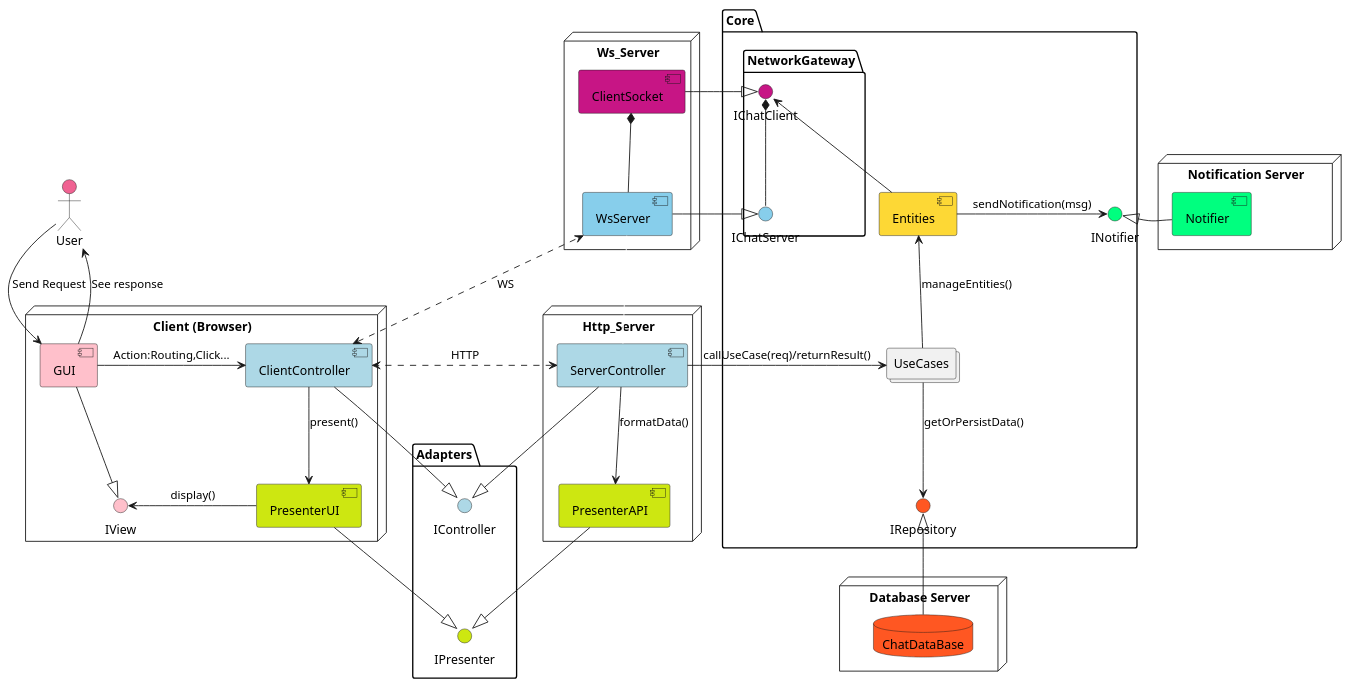
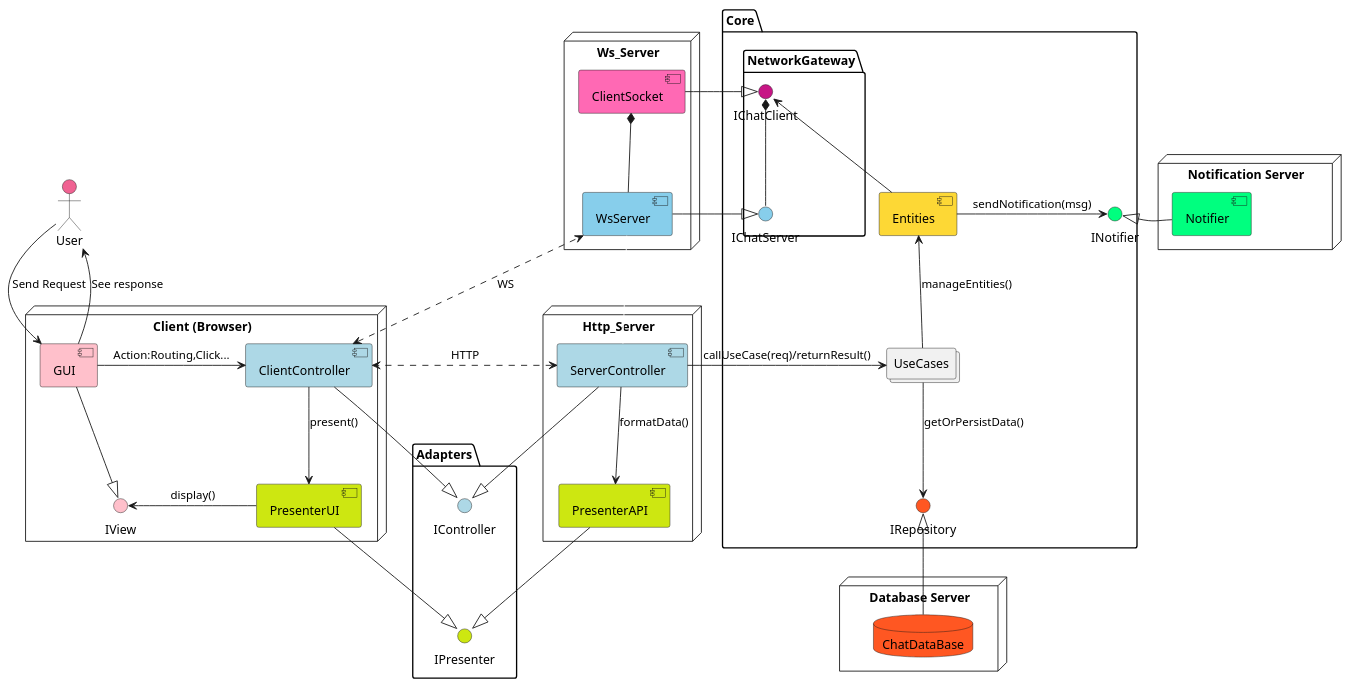
The diagram in docs/design/component-diagram.wsd (moez-sadok/chat-clean-architecture), drawn with PlantUML before and after one commit. The commit also changed other lines of this file and 5 other files, not shown here.

Commit message:
Add deployment diagram

```diff
--- a/docs/design/component-diagram.wsd
+++ b/docs/design/component-diagram.wsd
@@ -1,93 +1,90 @@
 @startuml
-
+' !theme spacelab
+' !theme materia-outline
+' !theme metal
+' !theme aws-orange
+' !theme sketchy-outline 
+' !theme sketchy
+' !theme reddress-darkorange
 actor User #F06292
 
 package "Adapters" {
     interface IController  #LightBlue
     interface IPresenter #CDE711
 }
 package "Core" {
     interface IRepository #FF5722
     interface INotifier #SpringGreen
     collections UseCases
     [Entities] #FDD835
     package "NetworkGateway" {
         interface IChatServer #SkyBlue
         interface IChatClient #MediumVioletRed
     }
 }
-
-' package "Core.NetworkGateway" {
-    '     interface IChatServer #SkyBlue
-    '     interface IChatClient #MediumVioletRed
-    '
-' }
-
 
 node "Client (Browser)" {
     interface IView #Pink
     [PresenterUI] #CDE711
     [ClientController] #LightBlue
     [GUI] #Pink
 
     PresenterUI --|>  IPresenter
     ClientController --|>  IController
     GUI --|> IView
 }
 
 node "Database Server" {
     database ChatDataBase #FF5722
 }
 
 node "Notification Server" {
     [Notifier] #SpringGreen
 }
 
 node "Http_Server" {
     [ServerController]  #LightBlue
     [PresenterAPI] #CDE711
     ServerController --|>  IController
     PresenterAPI --|>  IPresenter
 }
 
 node "Ws_Server" {
-    ' top to bottom direction
-    [ClientSocket] #MediumVioletRed
+    [ClientSocket] #HotPink
     [WsServer] #SkyBlue
-
 }
 
 User -down-> GUI : Send Request
 GUI -right-> ClientController : Action:Routing,Click...
 
 ServerController  <.--.> ClientController  : HTTP
 ServerController -right-> UseCases : callUseCase(req)/returnResult()
 
 Entities  <--  UseCases : manageEntities()
 
 ClientController <.--.> WsServer : WS
 IChatServer <|-left- WsServer
 ClientSocket *-- WsServer
 IChatClient  <|-left- ClientSocket
 IChatClient *-- IChatServer
 IChatClient <-down- Entities
 
 
 IRepository <-up- UseCases  : getOrPersistData()
 ChatDataBase  -up-|>  IRepository
 
 Notifier  -left-|>  INotifier
 Entities -right-> INotifier : sendNotification(msg)
 
 ServerController --> PresenterAPI : formatData()
 
 ClientController --> PresenterUI  : present()
 IView <-right- PresenterUI : display()
 
 GUI  -up-> User : See response
 
 ' fake fidden line for design adaptation
 ServerController  -up- WsServer #FFFFFF
 IPresenter  -up- IController #FFFFFF
 
 @enduml
```
